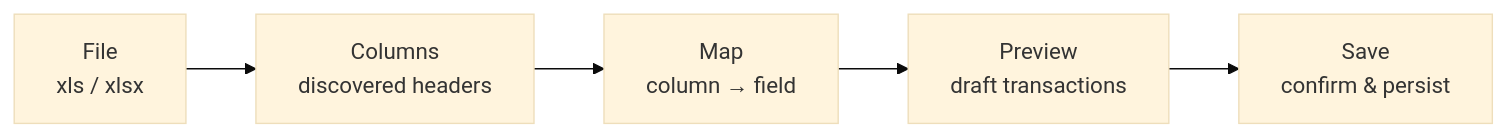
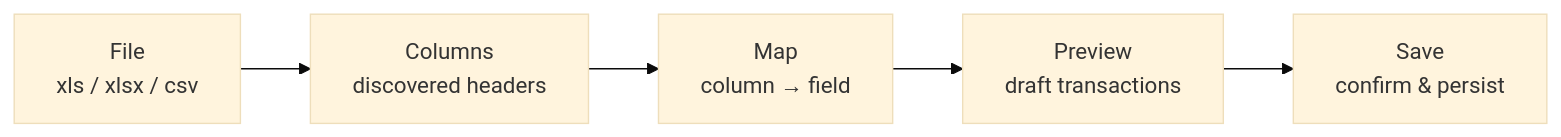
One commit to NotThaDev/KeepItSimple changed the first of 6 diagrams in backend/KeepItSimple.Api/TransactionImportFlow.md. Above: the diagram before and after it, drawn with Mermaid (base theme). The commit also changed other lines of this file and 11 other files, not shown here.

Commit message:
Enhance transaction import functionality to support CSV files. Updated documentation and code to reflect support for .csv format alongside .xls and .xlsx. Added new transaction categories and improved error handling for file uploads. Updated tests to cover CSV parsing and added sample CSV data.

````diff
--- a/backend/KeepItSimple.Api/TransactionImportFlow.md
+++ b/backend/KeepItSimple.Api/TransactionImportFlow.md
@@ -12,7 +12,7 @@
 ```mermaid
 flowchart LR
-  A[File<br/>xls / xlsx] --> B[Columns<br/>discovered headers]
+  A[File<br/>xls / xlsx / csv] --> B[Columns<br/>discovered headers]
   B --> C[Map<br/>column → field]
   C --> D[Preview<br/>draft transactions]
   D --> E[Save<br/>confirm & persist]
 ```
````
